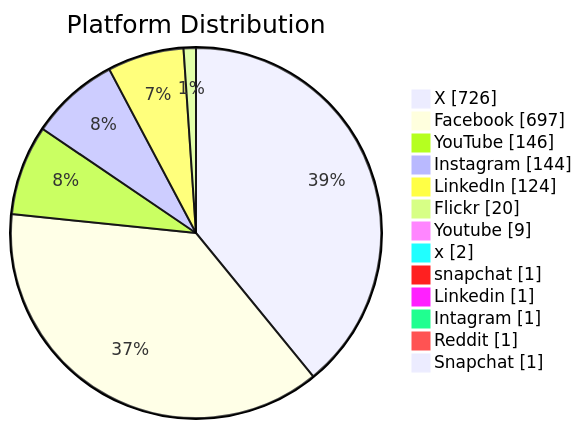
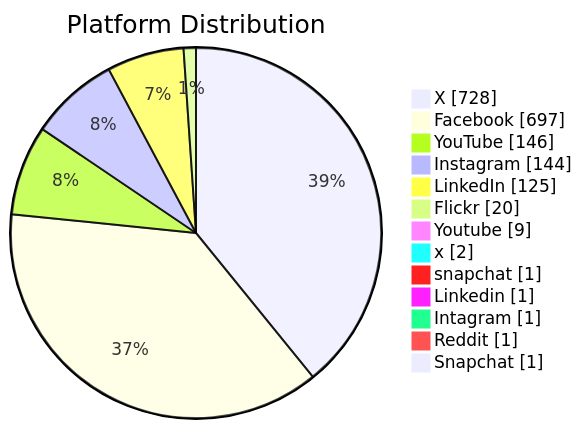
Before and after one commit to PatLittle/GC-Socials: the second of 6 diagrams in README.md, drawn with Mermaid. The commit also changed other lines of this file, not shown here.

Commit message:
Update README with Platform Distribution pie chart

````diff
--- a/README.md
+++ b/README.md
@@ -46,16 +46,16 @@
 ```mermaid
 pie showData title Platform Distribution
-    "X": 726
+    "X": 728
     "Facebook": 697
     "YouTube": 146
     "Instagram": 144
-    "LinkedIn": 124
+    "LinkedIn": 125
     "Flickr": 20
     "Youtube": 9
     "x": 2
     "snapchat": 1
     "Linkedin": 1
     "Intagram": 1
     "Reddit": 1
     "Snapchat": 1
 ```
````
